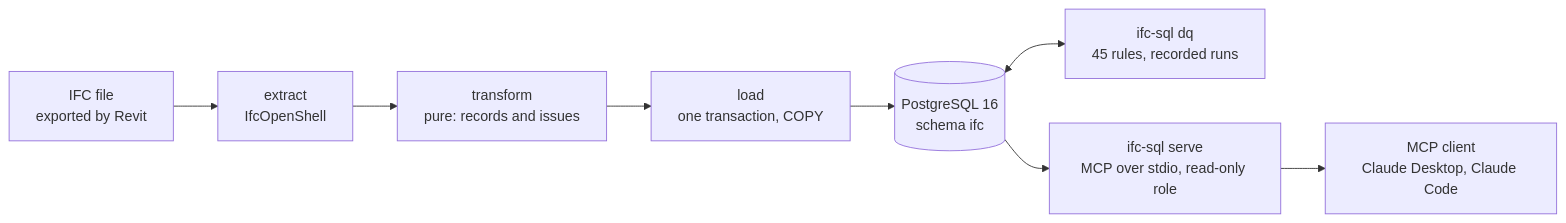
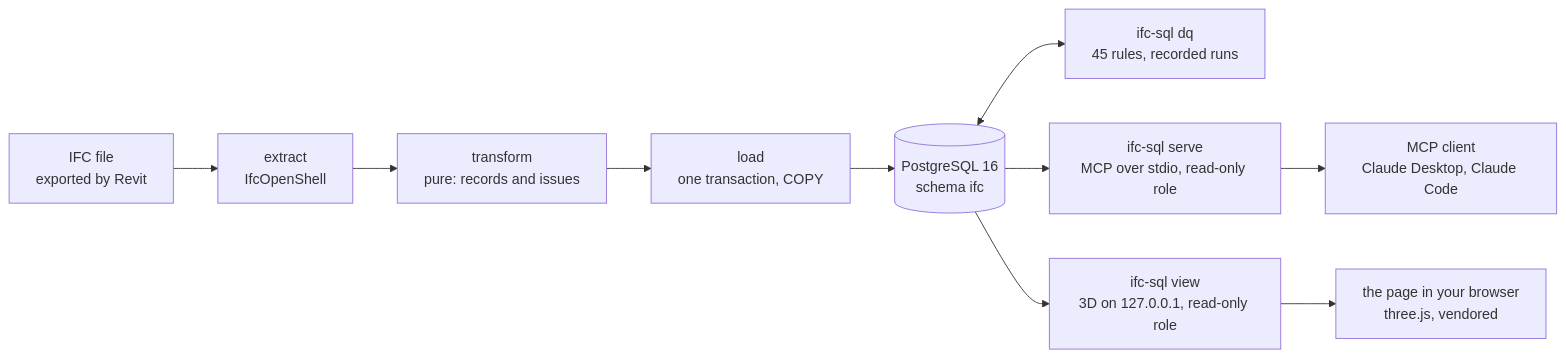
The diagram in README.md (gewoonkees132/Ifc_Sql_Mcp), drawn with Mermaid before and after one commit. The commit also changed other lines of this file and 5 other files, not shown here.

````diff
--- a/README.md
+++ b/README.md
@@ -10,10 +10,12 @@
 ```mermaid
 flowchart LR
     ifc["IFC file<br/>exported by Revit"] --> extract["extract<br/>IfcOpenShell"]
     extract --> transform["transform<br/>pure: records and issues"]
     transform --> load["load<br/>one transaction, COPY"]
     load --> db[("PostgreSQL 16<br/>schema ifc")]
     db <--> dq["ifc-sql dq<br/>45 rules, recorded runs"]
     db --> mcp["ifc-sql serve<br/>MCP over stdio, read-only role"]
     mcp --> llm["MCP client<br/>Claude Desktop, Claude Code"]
+    db --> view["ifc-sql view<br/>3D on 127.0.0.1, read-only role"]
+    view --> page["the page in your browser<br/>three.js, vendored"]
 ```
````
